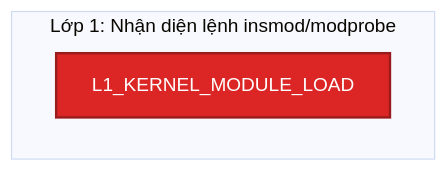
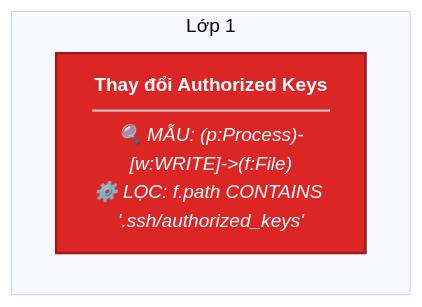
One commit to ttm62/bug-free-doodle changed the ninth of 14 diagrams in all_rules/README.md. Above: the diagram before and after it, drawn with Mermaid (base theme). The commit also changed other lines of this file and 31 other files, not shown here.

````diff
--- a/all_rules/README.md
+++ b/all_rules/README.md
@@ -223,11 +148,11 @@
 ```mermaid
 graph TD
     classDef low fill:#fef08a,stroke:#ca8a04,stroke-width:2px,color:#854d0e;
     classDef medium fill:#f97316,stroke:#c2410c,stroke-width:2px,color:#fff;
     classDef high fill:#dc2626,stroke:#991b1b,stroke-width:2px,color:#fff;
     classDef critical fill:#7f1d1d,stroke:#450a0a,stroke-width:2px,color:#fff;
 
-    subgraph Layer1 ["Lớp 1: Nhận diện lệnh insmod/modprobe"]
-        L1_KERNEL_MODULE_LOAD["L1_KERNEL_MODULE_LOAD"]:::high
+    subgraph Layer_L1_AUTH_KEYS_MOD ["Lớp 1"]
+        L1_AUTH_KEYS_MOD["<b>Thay đổi Authorized Keys</b><br/><hr/><i>🔍 MẪU: (p:Process)-[w:WRITE]->(f:File)<br/>⚙️ LỌC: f.path CONTAINS '.ssh/authorized_keys'</i>"]:::high
     end
 ```
````
